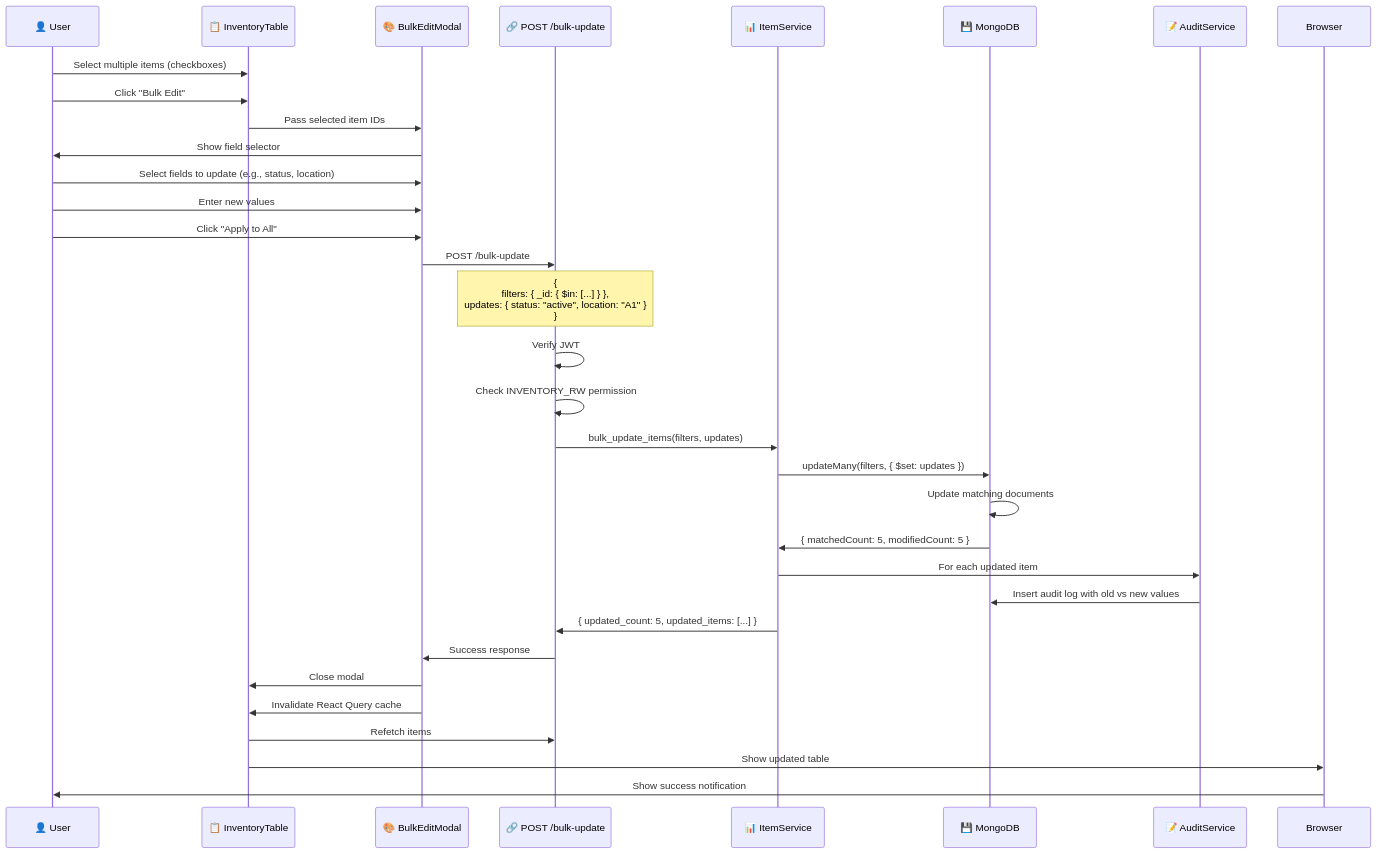
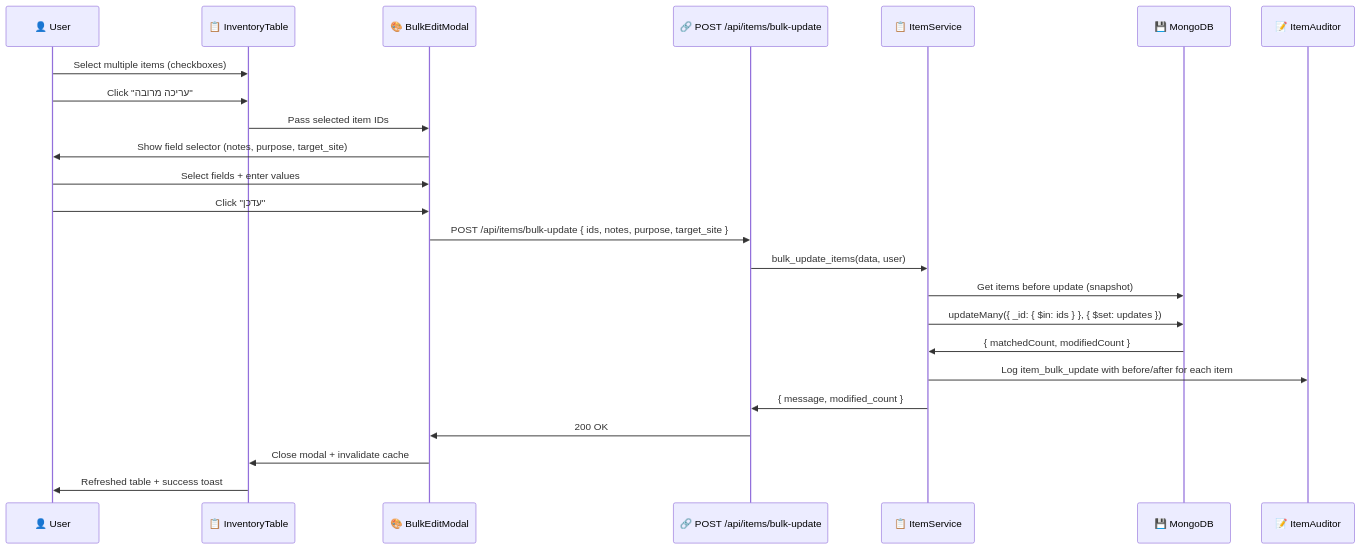
One commit to Rafmoshe2500/warehouse changed the sixth of 22 diagrams in DATA_FLOW_DIAGRAMS.md. Above: the diagram before and after it, drawn with Mermaid. The commit also changed other lines of this file and 66 other files, not shown here.

````diff
--- a/DATA_FLOW_DIAGRAMS.md
+++ b/DATA_FLOW_DIAGRAMS.md
@@ -94,41 +208,28 @@
 ```mermaid
 sequenceDiagram
     participant User as 👤 User
     participant Table as 📋 InventoryTable
     participant Modal as 🎨 BulkEditModal
-    participant API as 🔗 POST /bulk-update
-    participant Service as 📊 ItemService
+    participant API as 🔗 POST /api/items/bulk-update
+    participant Service as 📋 ItemService
     participant DB as 💾 MongoDB
-    participant Audit as 📝 AuditService
-    
+    participant Audit as 📝 ItemAuditor
+
     User->>Table: Select multiple items (checkboxes)
-    User->>Table: Click "Bulk Edit"
+    User->>Table: Click "עריכה מרובה"
     Table->>Modal: Pass selected item IDs
-    
-    Modal->>User: Show field selector
-    User->>Modal: Select fields to update (e.g., status, location)
-    User->>Modal: Enter new values
-    User->>Modal: Click "Apply to All"
-    
-    Modal->>API: POST /bulk-update
-    Note over API: {<br/>filters: { _id: { $in: [...] } },<br/>updates: { status: "active", location: "A1" }<br/>}
-    
-    API->>API: Verify JWT
-    API->>API: Check INVENTORY_RW permission
-    
-    API->>Service: bulk_update_items(filters, updates)
-    Service->>DB: updateMany(filters, { $set: updates })
-    DB->>DB: Update matching documents
-    DB->>Service: { matchedCount: 5, modifiedCount: 5 }
-    
-    Service->>Audit: For each updated item
-    Audit->>DB: Insert audit log with old vs new values
-    
-    Service->>API: { updated_count: 5, updated_items: [...] }
-    API->>Modal: Success response
-    Modal->>Table: Close modal
-    Modal->>Table: Invalidate React Query cache
-    Table->>API: Refetch items
-    Table->>Browser: Show updated table
-    Browser->>User: Show success notification
+    Modal->>User: Show field selector (notes, purpose, target_site)
+    User->>Modal: Select fields + enter values
+    User->>Modal: Click "עדכן"
+
+    Modal->>API: POST /api/items/bulk-update { ids, notes, purpose, target_site }
+    API->>Service: bulk_update_items(data, user)
+    Service->>DB: Get items before update (snapshot)
+    Service->>DB: updateMany({ _id: { $in: ids } }, { $set: updates })
+    DB->>Service: { matchedCount, modifiedCount }
+    Service->>Audit: Log item_bulk_update with before/after for each item
+    Service->>API: { message, modified_count }
+    API->>Modal: 200 OK
+    Modal->>Table: Close modal + invalidate cache
+    Table->>User: Refreshed table + success toast
 ```
````
